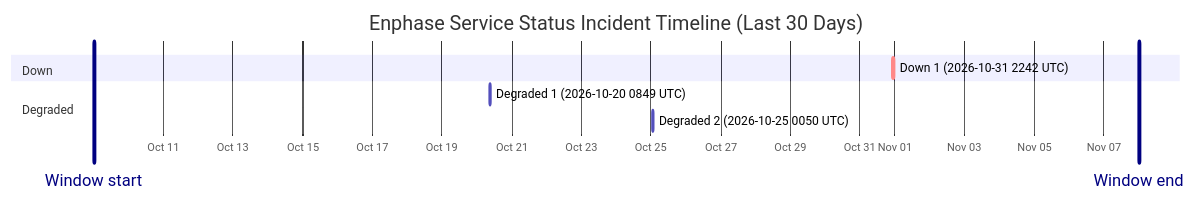
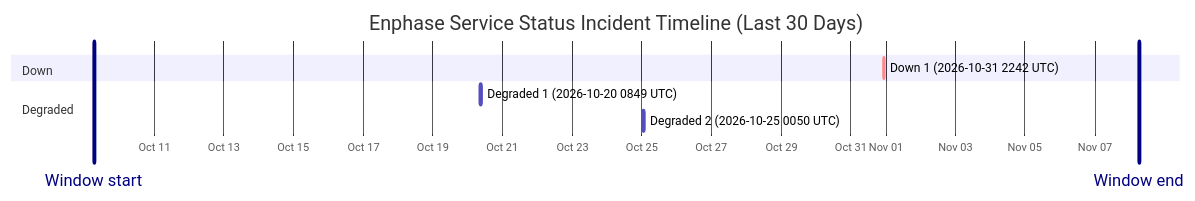
Before and after one commit to barneyonline/ha-enphase-energy: the diagram in wiki/Service-Status-History.md, drawn with Mermaid. The commit also changed other lines of this file and 3 other files, not shown here.

````diff
--- a/wiki/Service-Status-History.md
+++ b/wiki/Service-Status-History.md
@@ -14,13 +14,13 @@
 ```mermaid
 gantt
     title Enphase Service Status Incident Timeline (Last 30 Days)
     dateFormat  YYYY-MM-DDTHH:mm:ss
     axisFormat  %b %d
-    Window start :vert, window-start, 2026-10-09T00:11:05, 0ms
-    Window end :vert, window-end, 2026-11-08T00:11:05, 0ms
+    Window start :vert, window-start, 2026-10-09T06:29:26, 0ms
+    Window end :vert, window-end, 2026-11-08T06:29:26, 0ms
     section Down
     Down 1 (2026-10-31 2242 UTC) :crit, down-1, 2026-10-31T22:42:18, 60m
     section Degraded
     Degraded 1 (2026-10-20 0849 UTC) :active, degraded-1, 2026-10-20T08:49:49, 60m
     Degraded 2 (2026-10-25 0050 UTC) :active, degraded-2, 2026-10-25T00:50:01, 60m
 ```
````
